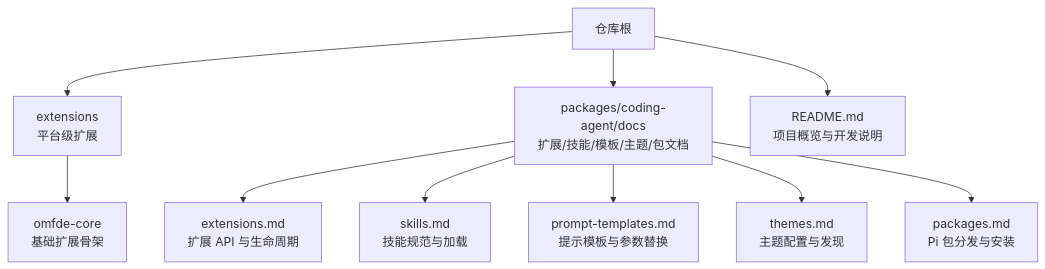
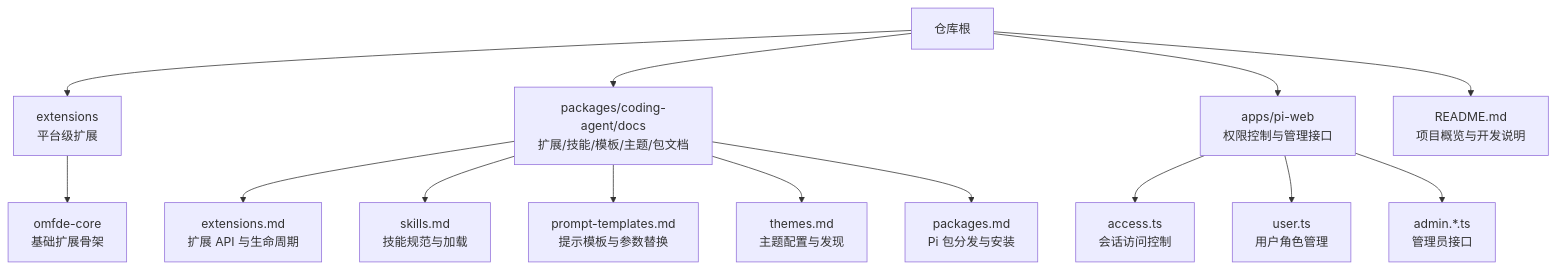
Before and after one commit to FDE-GROUP/oh-my-coding-agent: the first of 10 diagrams in .qoder/repowiki/zh/content/扩展开发/扩展开发.md, drawn with Mermaid. The commit also changed other lines of this file and 410 other files, not shown here.

````diff
--- a/.qoder/repowiki/zh/content/扩展开发/扩展开发.md
+++ b/.qoder/repowiki/zh/content/扩展开发/扩展开发.md
@@ -37,12 +55,16 @@
 ```mermaid
 graph TB
 A["仓库根"] --> B["extensions<br/>平台级扩展"]
 A --> C["packages/coding-agent/docs<br/>扩展/技能/模板/主题/包文档"]
-A --> D["README.md<br/>项目概览与开发说明"]
+A --> D["apps/pi-web<br/>权限控制与管理接口"]
+A --> E["README.md<br/>项目概览与开发说明"]
 B --> B1["omfde-core<br/>基础扩展骨架"]
 C --> C1["extensions.md<br/>扩展 API 与生命周期"]
 C --> C2["skills.md<br/>技能规范与加载"]
 C --> C3["prompt-templates.md<br/>提示模板与参数替换"]
 C --> C4["themes.md<br/>主题配置与发现"]
 C --> C5["packages.md<br/>Pi 包分发与安装"]
+D --> D1["access.ts<br/>会话访问控制"]
+D --> D2["user.ts<br/>用户角色管理"]
+D --> D3["admin.*.ts<br/>管理员接口"]
 ```
````
